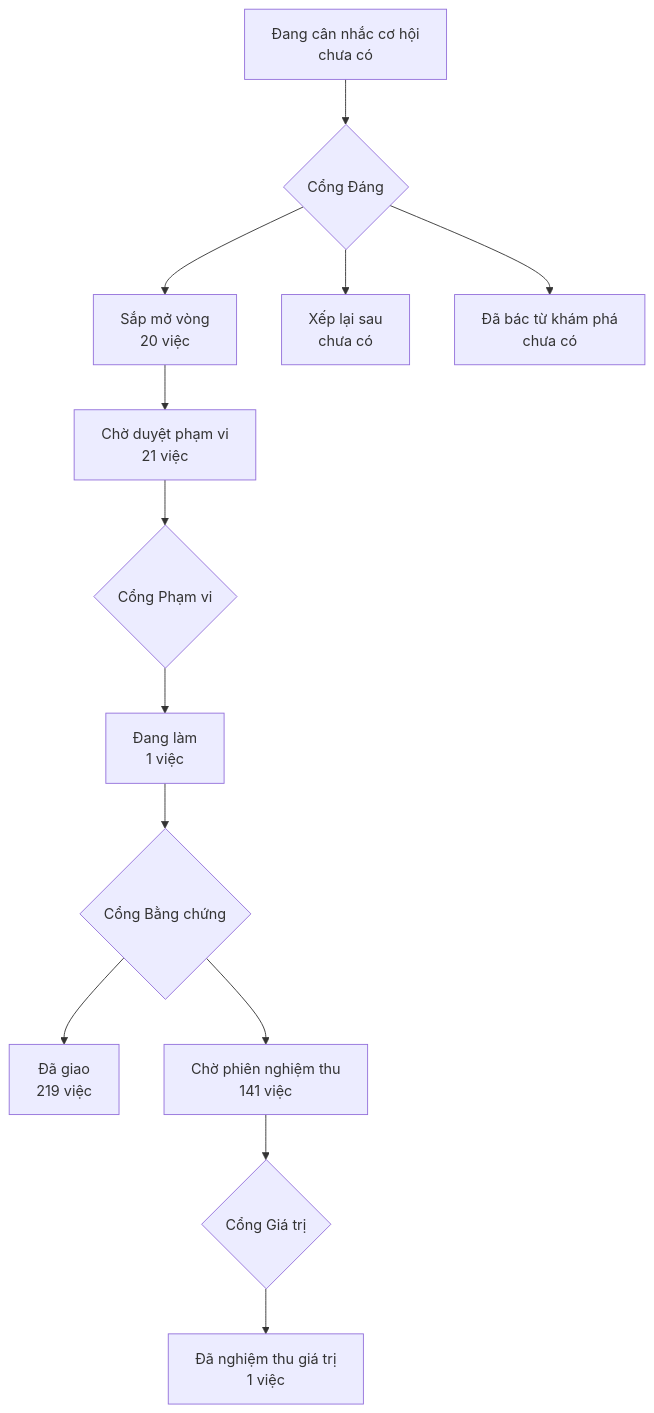
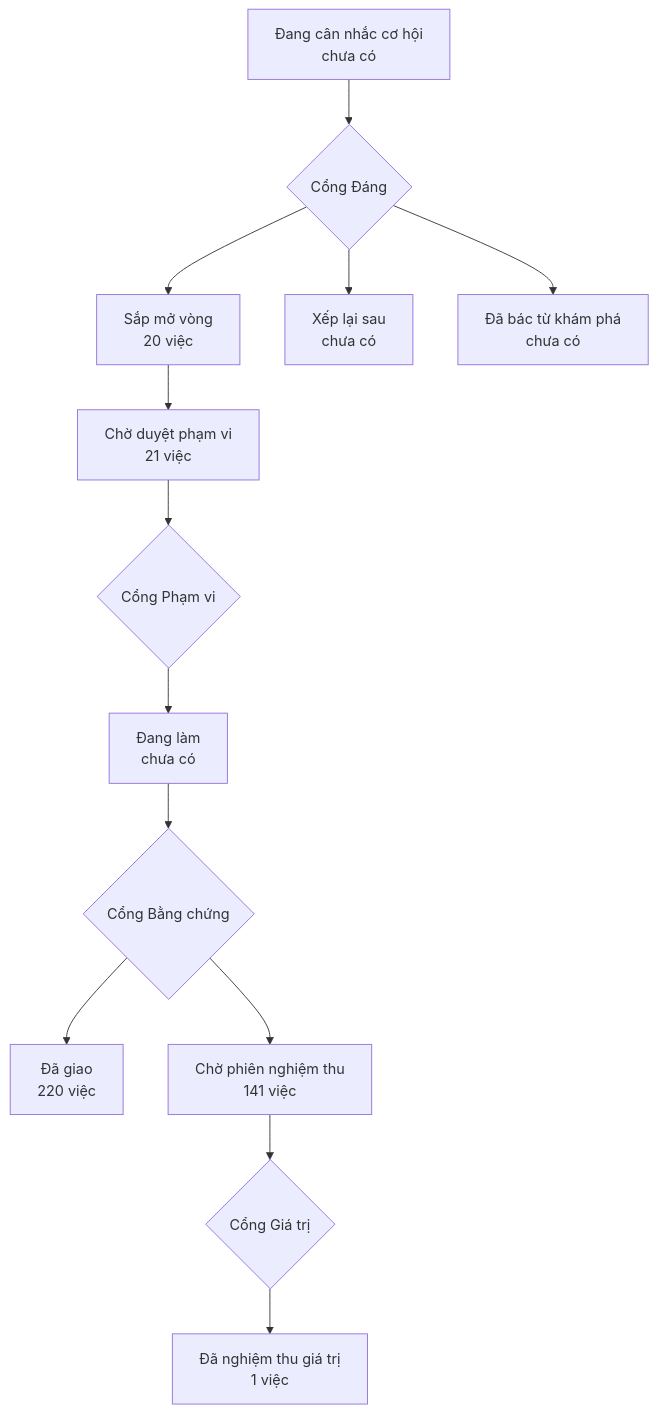
The diagram in PRODUCT-MAP.md (phanlemanh/onehub-invest), drawn with Mermaid before and after one commit. The commit also changed other lines of this file and 5 other files, not shown here.

````diff
--- a/PRODUCT-MAP.md
+++ b/PRODUCT-MAP.md
@@ -7,12 +7,12 @@
 ```mermaid
 flowchart TD
   A["Đang cân nhắc cơ hội<br/>chưa có"] --> GD{"Cổng Đáng"}
   GD --> B["Sắp mở vòng<br/>20 việc"]
   GD --> XL["Xếp lại sau<br/>chưa có"]
   GD --> DB["Đã bác từ khám phá<br/>chưa có"]
   B --> CD["Chờ duyệt phạm vi<br/>21 việc"] --> GP{"Cổng Phạm vi"}
-  GP --> DL["Đang làm<br/>1 việc"] --> GB{"Cổng Bằng chứng"}
-  GB --> DG["Đã giao<br/>219 việc"]
+  GP --> DL["Đang làm<br/>chưa có"] --> GB{"Cổng Bằng chứng"}
+  GB --> DG["Đã giao<br/>220 việc"]
   GB --> CN["Chờ phiên nghiệm thu<br/>141 việc"] --> GG{"Cổng Giá trị"}
   GG --> NT["Đã nghiệm thu giá trị<br/>1 việc"]
 ```
````
